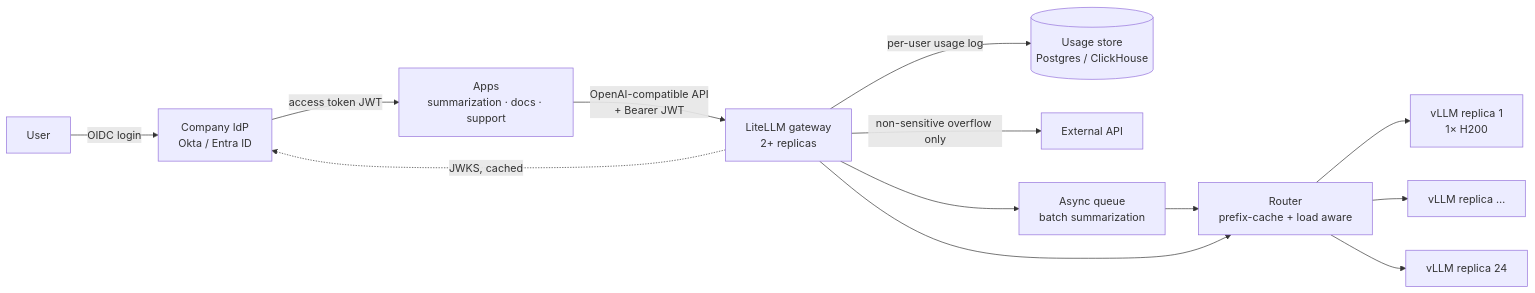
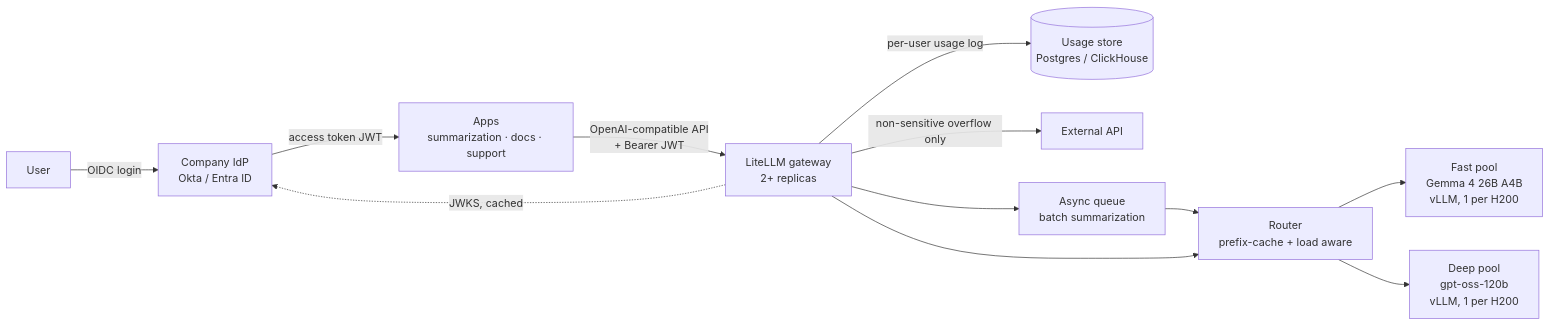
The diagram in SYSTEM_DESIGN.md (Mougatsu/inference-simulator), drawn with Mermaid before and after one commit. The commit also changed other lines of this file and 1 other file, not shown here.

Commit message:
Part 3: add Gemma 4 26B A4B as the fast tier alongside gpt-oss-120b

````diff
--- a/SYSTEM_DESIGN.md
+++ b/SYSTEM_DESIGN.md
@@ -55,15 +64,14 @@
 ```mermaid
 flowchart LR
   U[User] -->|OIDC login| IDP[Company IdP<br/>Okta / Entra ID]
   IDP -->|access token JWT| A
   A[Apps<br/>summarization · docs · support] -->|OpenAI-compatible API<br/>+ Bearer JWT| G[LiteLLM gateway<br/>2+ replicas]
   G -.->|JWKS, cached| IDP
   G -->|per-user usage log| L[(Usage store<br/>Postgres / ClickHouse)]
   G -->|non-sensitive overflow only| X[External API]
   G --> Q[Async queue<br/>batch summarization]
   Q --> R
   G --> R[Router<br/>prefix-cache + load aware]
-  R --> V1[vLLM replica 1<br/>1× H200]
-  R --> V2[vLLM replica …]
-  R --> V3[vLLM replica 24]
+  R --> F[Fast pool<br/>Gemma 4 26B A4B<br/>vLLM, 1 per H200]
+  R --> D[Deep pool<br/>gpt-oss-120b<br/>vLLM, 1 per H200]
 ```
````
